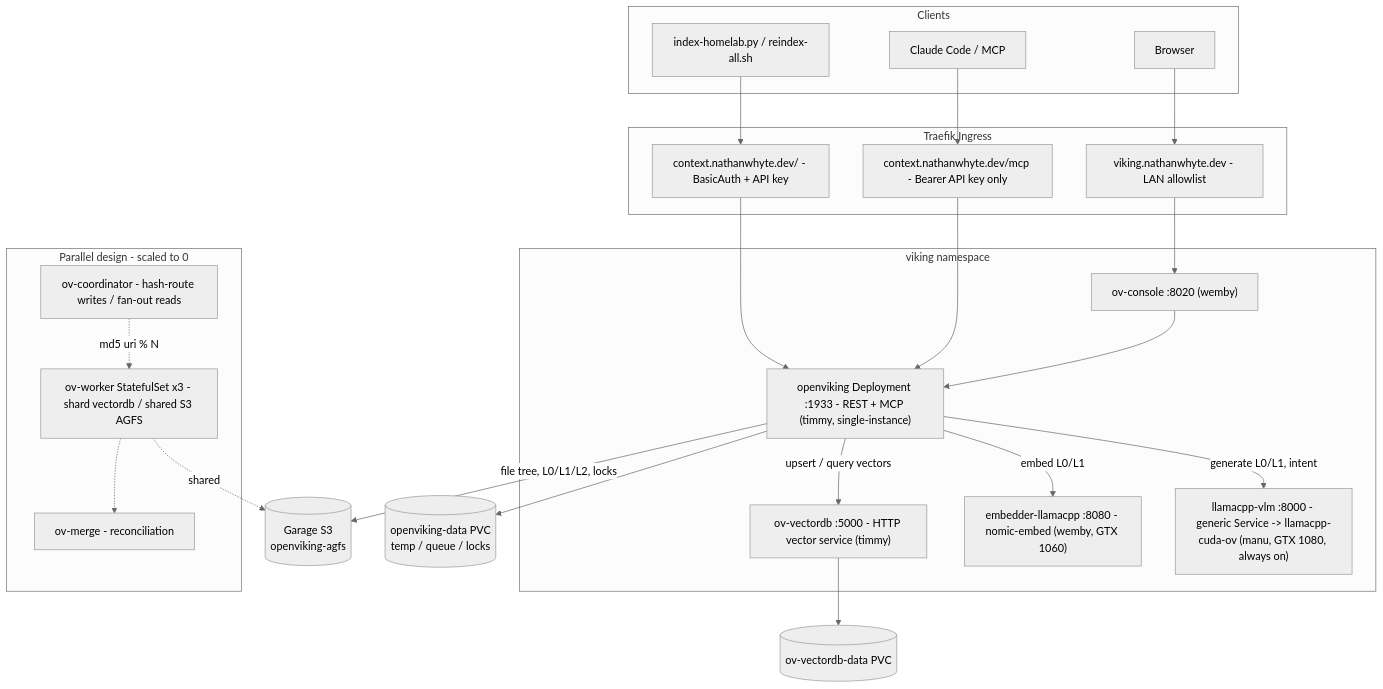
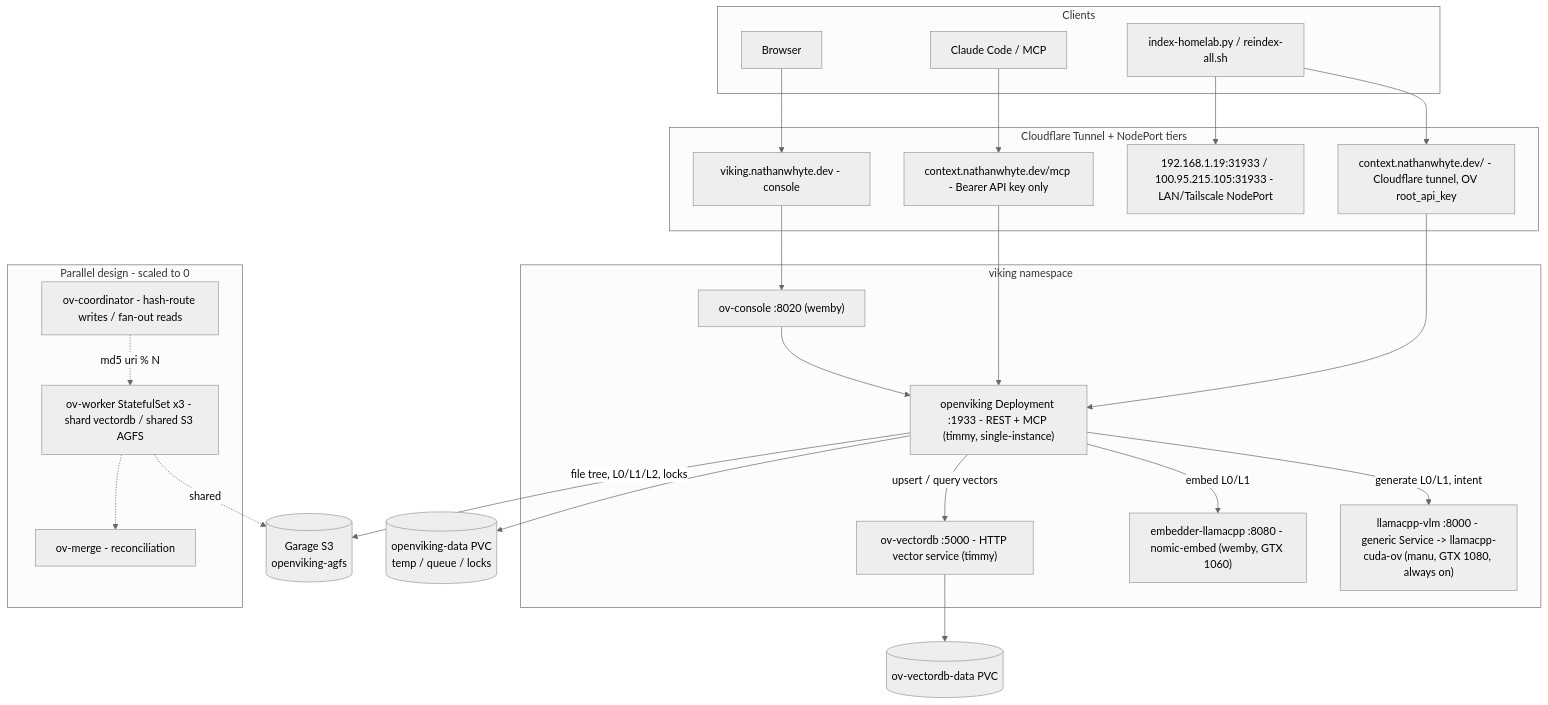
One commit to nathanwhyte/homelab changed the diagram in viking/docs/2026-06-04-openviking-stack-implementation-report.md. Above: the diagram before and after it, drawn with Mermaid (neutral theme). The commit also changed other lines of this file and 11 other files, not shown here.

````diff
--- a/viking/docs/2026-06-04-openviking-stack-implementation-report.md
+++ b/viking/docs/2026-06-04-openviking-stack-implementation-report.md
@@ -36,48 +39,50 @@
 ```mermaid
 flowchart TB
     subgraph clients[Clients]
         cc[Claude Code / MCP]
         idx[index-homelab.py / reindex-all.sh]
         ui[Browser]
     end
 
-    subgraph edge[Traefik Ingress]
-        api["context.nathanwhyte.dev/ - BasicAuth + API key"]
+    subgraph edge[Cloudflare Tunnel + NodePort tiers]
+        api["context.nathanwhyte.dev/ - Cloudflare tunnel, OV root_api_key"]
         mcp["context.nathanwhyte.dev/mcp - Bearer API key only"]
-        con["viking.nathanwhyte.dev - LAN allowlist"]
+        lan["192.168.1.19:31933 / 100.95.215.105:31933 - LAN/Tailscale NodePort"]
+        con["viking.nathanwhyte.dev - console"]
     end
 
     cc --> mcp
     idx --> api
+    idx --> lan
     ui --> con
 
     subgraph viking[viking namespace]
         ov["openviking Deployment :1933 - REST + MCP (timmy, single-instance)"]
         console["ov-console :8020 (wemby)"]
         vdb["ov-vectordb :5000 - HTTP vector service (timmy)"]
         emb["embedder-llamacpp :8080 - nomic-embed (wemby, GTX 1060)"]
         vlm["llamacpp-vlm :8000 - generic Service -> llamacpp-cuda-ov (manu, GTX 1080, always on)"]
     end
 
     api --> ov
     mcp --> ov
     con --> console
     console --> ov
 
     ov -->|embed L0/L1| emb
     ov -->|generate L0/L1, intent| vlm
     ov -->|upsert / query vectors| vdb
 
     ov -->|file tree, L0/L1/L2, locks| s3[("Garage S3\nopenviking-agfs")]
     vdb --> vpvc[("ov-vectordb-data PVC")]
     ov --> opvc[("openviking-data PVC\ntemp / queue / locks")]
 
     subgraph dormant[Parallel design - scaled to 0]
         coord[ov-coordinator - hash-route writes / fan-out reads]
         wrk[ov-worker StatefulSet x3 - shard vectordb / shared S3 AGFS]
         mrg[ov-merge - reconciliation]
     end
     coord -.->|md5 uri % N| wrk
     wrk -.-> mrg
     wrk -.->|shared| s3
 ```
````
